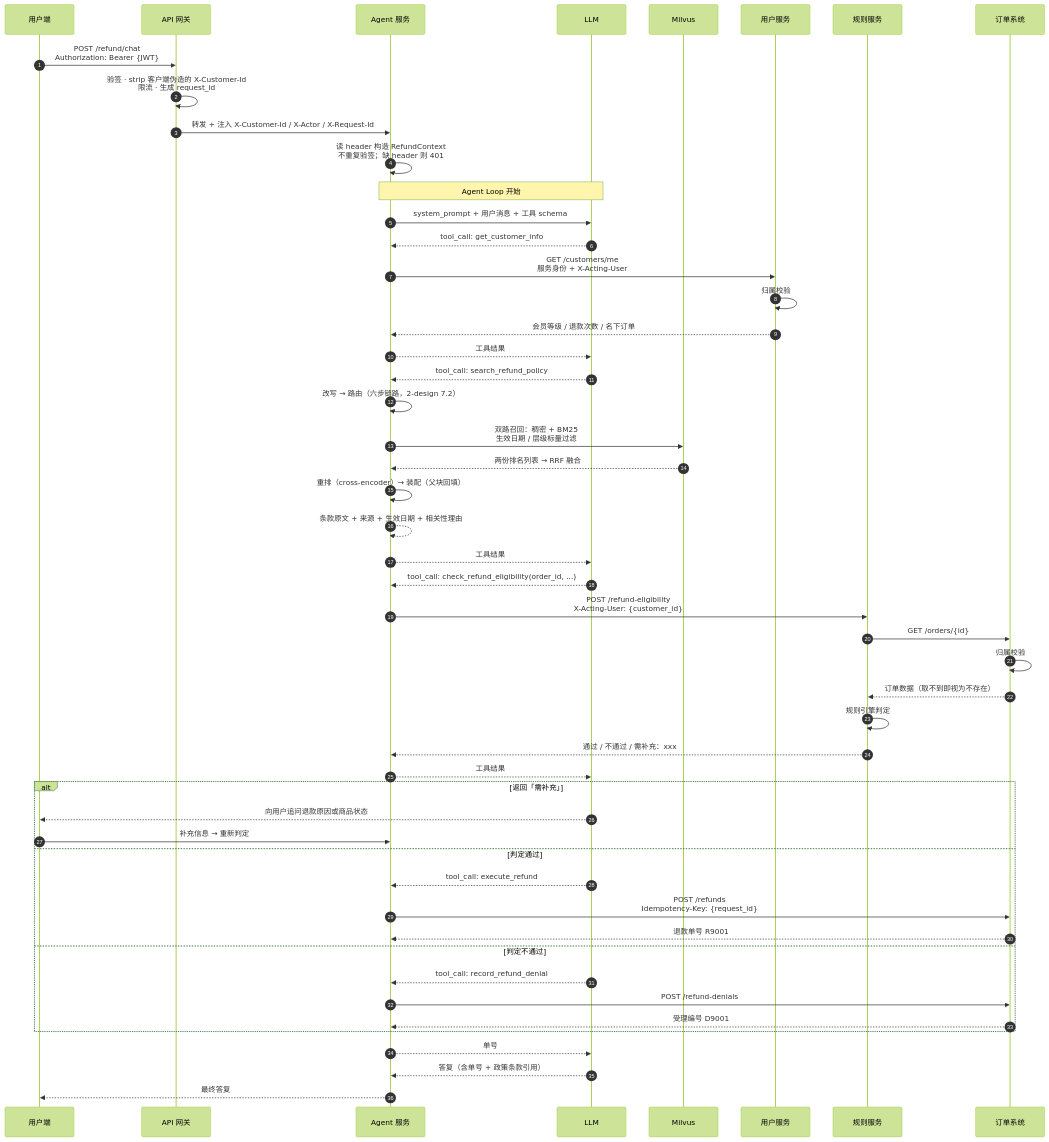
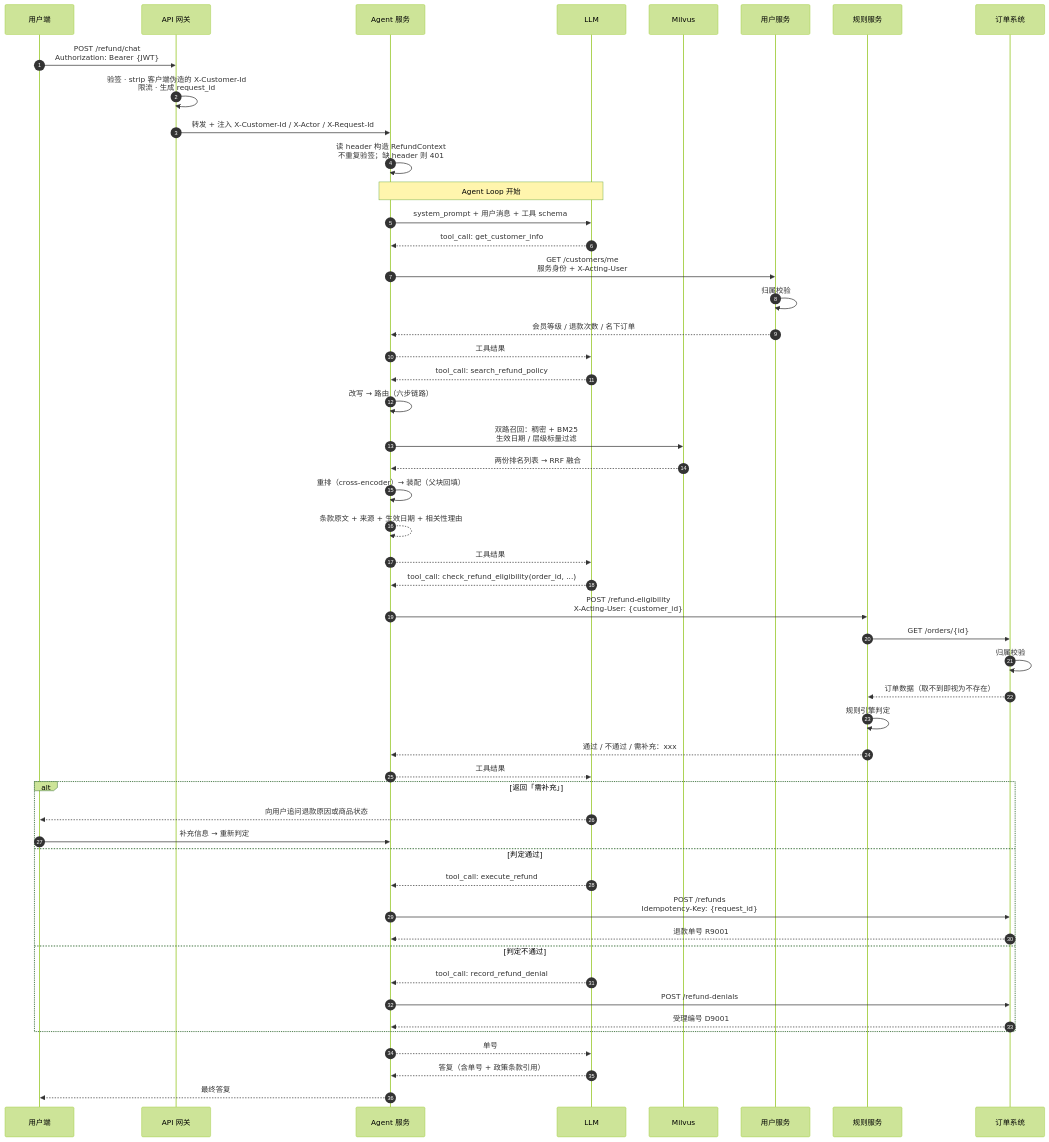
One commit to tiltwind/refund-agent changed the second of 2 diagrams in doc/get-start/1-architecture.md. Above: the diagram before and after it, drawn with Mermaid (forest theme). The commit also changed other lines of this file and 7 other files, not shown here.

````diff
--- a/doc/get-start/1-architecture.md
+++ b/doc/get-start/1-architecture.md
@@ -115,61 +110,61 @@
 ```mermaid
 sequenceDiagram
     autonumber
     participant U as 用户端
     participant GW as API 网关
     participant AG as Agent 服务
     participant M as LLM
     participant KB as Milvus
     participant US as 用户服务
     participant RL as 规则服务
     participant OD as 订单系统
 
     U->>GW: POST /refund/chat<br/>Authorization: Bearer {JWT}
     GW->>GW: 验签 · strip 客户端伪造的 X-Customer-Id<br/>限流 · 生成 request_id
     GW->>AG: 转发 + 注入 X-Customer-Id / X-Actor / X-Request-Id
     AG->>AG: 读 header 构造 RefundContext<br/>不重复验签；缺 header 则 401
 
     Note over AG,M: Agent Loop 开始
 
     AG->>M: system_prompt + 用户消息 + 工具 schema
     M-->>AG: tool_call: get_customer_info
 
     AG->>US: GET /customers/me<br/>服务身份 + X-Acting-User
     US->>US: 归属校验
     US-->>AG: 会员等级 / 退款次数 / 名下订单
     AG-->>M: 工具结果
 
     M-->>AG: tool_call: search_refund_policy
-    AG->>AG: 改写 → 路由（六步链路，2-design 7.2）
+    AG->>AG: 改写 → 路由（六步链路）
     AG->>KB: 双路召回：稠密 + BM25<br/>生效日期 / 层级标量过滤
     KB-->>AG: 两份排名列表 → RRF 融合
     AG->>AG: 重排（cross-encoder）→ 装配（父块回填）
     AG-->>AG: 条款原文 + 来源 + 生效日期 + 相关性理由
     AG-->>M: 工具结果
 
     M-->>AG: tool_call: check_refund_eligibility(order_id, ...)
     AG->>RL: POST /refund-eligibility<br/>X-Acting-User: {customer_id}
     RL->>OD: GET /orders/{id}
     OD->>OD: 归属校验
     OD-->>RL: 订单数据（取不到即视为不存在）
     RL->>RL: 规则引擎判定
     RL-->>AG: 通过 / 不通过 / 需补充：xxx
     AG-->>M: 工具结果
 
     alt 返回「需补充」
         M-->>U: 向用户追问退款原因或商品状态
         U->>AG: 补充信息 → 重新判定
     else 判定通过
         M-->>AG: tool_call: execute_refund
         AG->>OD: POST /refunds<br/>Idempotency-Key: {request_id}
         OD-->>AG: 退款单号 R9001
     else 判定不通过
         M-->>AG: tool_call: record_refund_denial
         AG->>OD: POST /refund-denials
         OD-->>AG: 受理编号 D9001
     end
 
     AG-->>M: 单号
     M-->>AG: 答复（含单号 + 政策条款引用）
     AG-->>U: 最终答复
 ```
````
